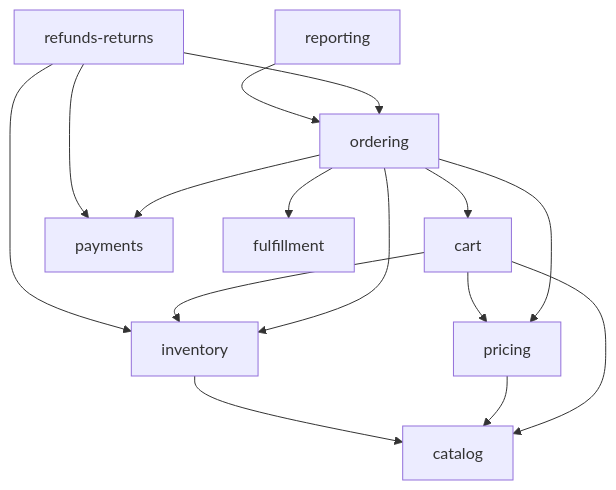
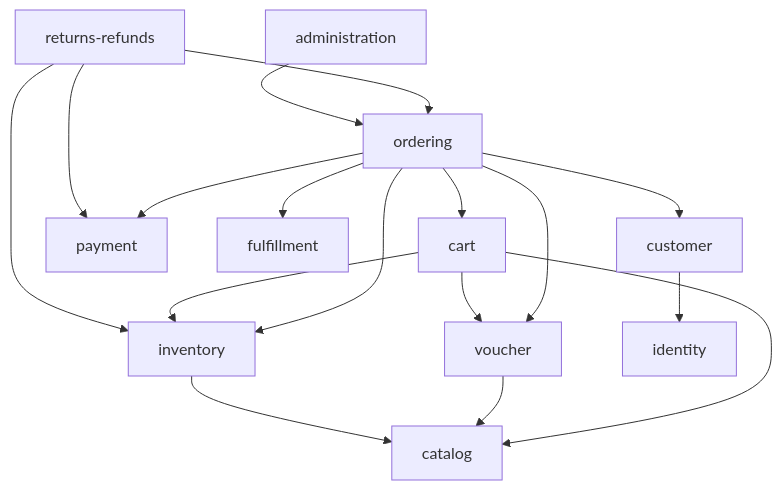
The diagram in docs/architecture/02-modules.md (LuongCongThanh/be-demo), drawn with Mermaid before and after one commit. The commit also changed other lines of this file and 8 other files, not shown here.

````diff
--- a/docs/architecture/02-modules.md
+++ b/docs/architecture/02-modules.md
@@ -51,17 +53,19 @@
 ```mermaid
 flowchart TB
     ordering --> cart
-    ordering --> pricing
+    ordering --> voucher
     ordering --> inventory
-    ordering --> payments
+    ordering --> payment
     ordering --> fulfillment
+    ordering --> customer
     cart --> catalog
     cart --> inventory
-    cart --> pricing
-    pricing --> catalog
+    cart --> voucher
+    voucher --> catalog
     inventory --> catalog
-    refunds-returns --> payments
-    refunds-returns --> ordering
-    refunds-returns --> inventory
-    reporting --> ordering
+    returns-refunds --> payment
+    returns-refunds --> ordering
+    returns-refunds --> inventory
+    customer --> identity
+    administration --> ordering
 ```
````
